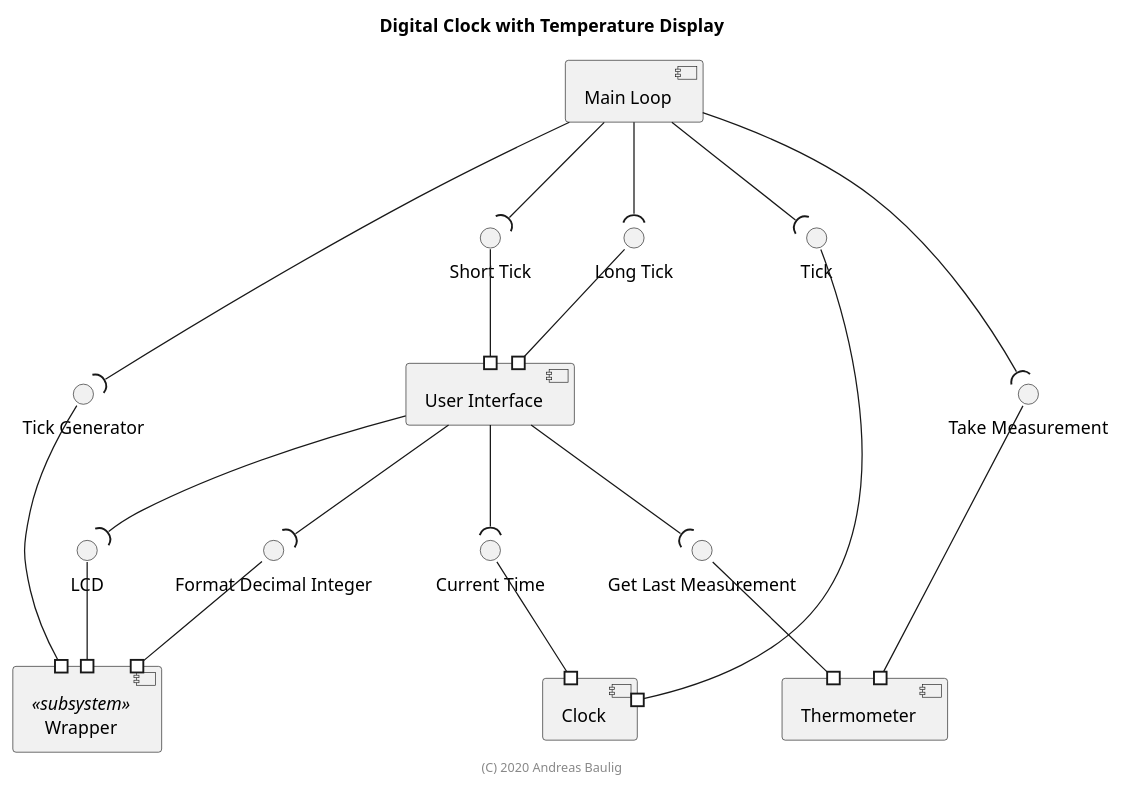
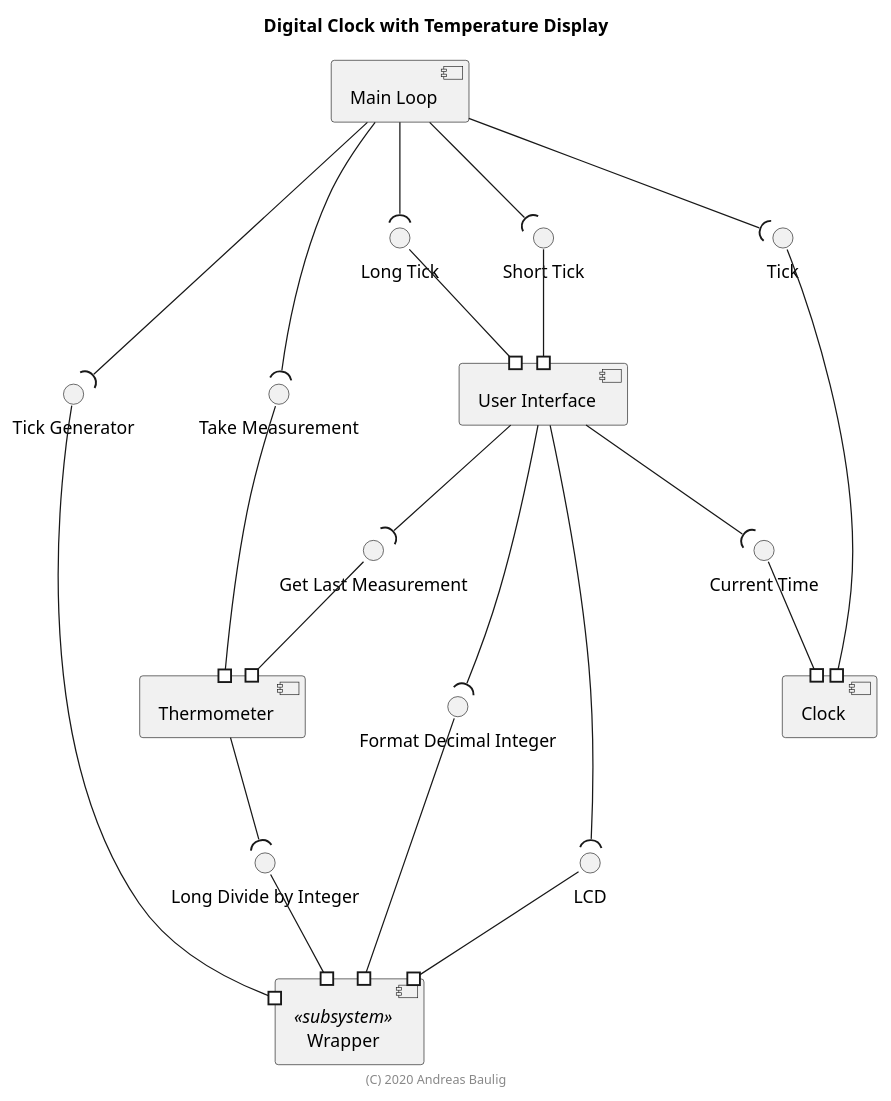
One commit to ChiefGokhlayeh/CA1 changed the diagram in lab2/lab2-Uhr/doc/diagrams/components.puml. Above: the diagram before and after it, drawn with PlantUML. The commit also changed 1 other file, not shown here.

Commit message:
Add EDIVS to component diagram

```diff
--- a/lab2/lab2-Uhr/doc/diagrams/components.puml
+++ b/lab2/lab2-Uhr/doc/diagrams/components.puml
@@ -1,49 +1,53 @@
 @startuml
 
 title Digital Clock with Temperature Display
 footer (C) 2020 Andreas Baulig
 
 component [User Interface] as ui
 component [Thermometer] as thermo
 component [Clock] as clock
 component [Main Loop] as main
 component [Wrapper] <<subsystem>> as wrapper
 
 () "Short Tick" as ui_short_tick
 () "Long Tick" as ui_long_tick
 
 () "Tick" as clock_tick
 () "Current Time" as clock_time
 
 () "Take Measurement" as thermo_measure
 () "Get Last Measurement" as thermo_last_measurement
 
 () "Format Decimal Integer" as wrapper_dectoascii
 () "LCD" as wrapper_lcd
 () "Tick Generator" as wrapper_tick_generator
+() "Long Divide by Integer" as wrapper_long_divide_by_integer
 
 ui #-up- ui_short_tick
 ui #-up- ui_long_tick
 
 clock #-up- clock_tick
 clock #-up- clock_time
 
 thermo #-up- thermo_measure
 thermo #-up- thermo_last_measurement
 
 wrapper #-up- wrapper_dectoascii
 wrapper #-up- wrapper_lcd
 wrapper #-up- wrapper_tick_generator
+wrapper #-up- wrapper_long_divide_by_integer
 
 main --( wrapper_tick_generator
 main --( ui_short_tick
 main --( ui_long_tick
 main --( clock_tick
 main --( thermo_measure
 
 ui --( clock_time
 ui --( thermo_last_measurement
 ui --( wrapper_lcd
 ui --( wrapper_dectoascii
 
+thermo --( wrapper_long_divide_by_integer
+
 @enduml
```
